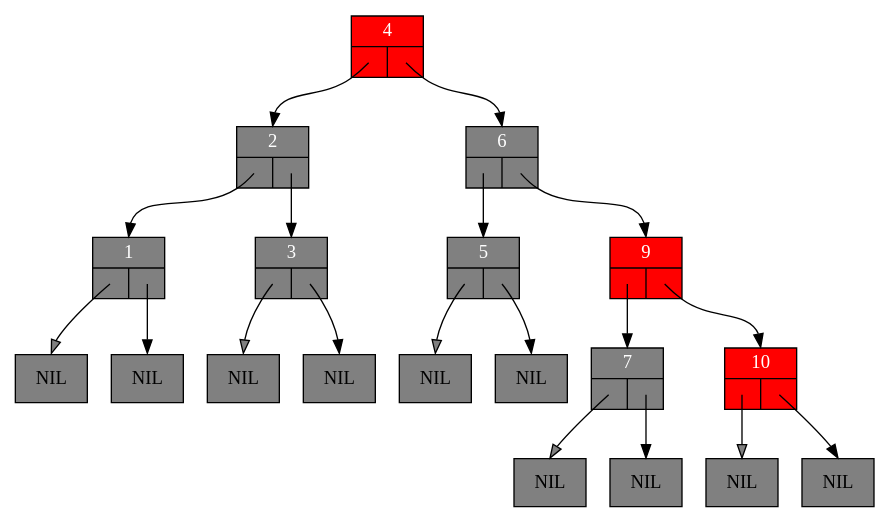
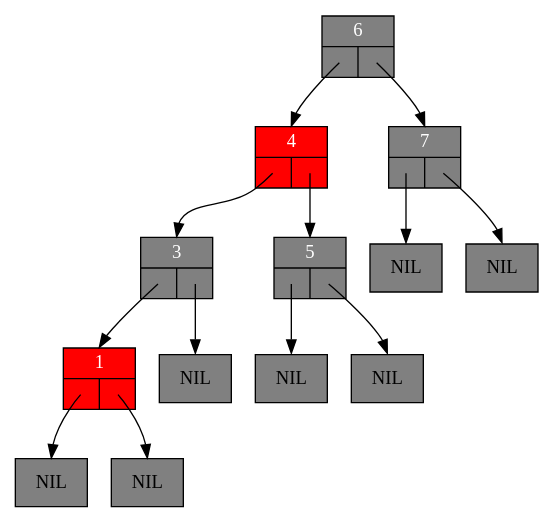
Before and after one commit to NOTuglyduckling/C: the diagram in Algo3/base_code_lab6/Code/thetree-1.dot, drawn with Graphviz. The commit also changed 66 other files, not shown here.

```diff
--- a/Algo3/base_code_lab6/Code/thetree-1.dot
+++ b/Algo3/base_code_lab6/Code/thetree-1.dot
@@ -1,43 +1,31 @@
 digraph RedBlackTree {
 	graph [ranksep=0.5];
 	node [shape = record];
 
-	n1 [style=filled, fillcolor=grey, fontcolor=white, label="{1|{<left>|<right>}}"];
+	n1 [style=filled, fillcolor=red, fontcolor=white, label="{1|{<left>|<right>}}"];
 	lnil1 [style=filled, fillcolor=grey, label="NIL"];
-	n1:left:c -> lnil1:n [fillcolor=grey, headclip=false, tailclip=false]
+	n1:left:c -> lnil1:n [headclip=false, tailclip=false]
 	rnil1 [style=filled, fillcolor=grey, label="NIL"];
 	n1:right:c -> rnil1:n [headclip=false, tailclip=false]
-	n2 [style=filled, fillcolor=grey, fontcolor=white, label="{2|{<left>|<right>}}"];
-	n2:left:c -> n1:n [headclip=false, tailclip=false]
-	n2:right:c -> n3:n [headclip=false, tailclip=false]
 	n3 [style=filled, fillcolor=grey, fontcolor=white, label="{3|{<left>|<right>}}"];
-	lnil3 [style=filled, fillcolor=grey, label="NIL"];
-	n3:left:c -> lnil3:n [fillcolor=grey, headclip=false, tailclip=false]
+	n3:left:c -> n1:n [headclip=false, tailclip=false]
 	rnil3 [style=filled, fillcolor=grey, label="NIL"];
 	n3:right:c -> rnil3:n [headclip=false, tailclip=false]
 	n4 [style=filled, fillcolor=red, fontcolor=white, label="{4|{<left>|<right>}}"];
-	n4:left:c -> n2:n [headclip=false, tailclip=false]
-	n4:right:c -> n6:n [headclip=false, tailclip=false]
+	n4:left:c -> n3:n [headclip=false, tailclip=false]
+	n4:right:c -> n5:n [headclip=false, tailclip=false]
 	n5 [style=filled, fillcolor=grey, fontcolor=white, label="{5|{<left>|<right>}}"];
 	lnil5 [style=filled, fillcolor=grey, label="NIL"];
-	n5:left:c -> lnil5:n [fillcolor=grey, headclip=false, tailclip=false]
+	n5:left:c -> lnil5:n [headclip=false, tailclip=false]
 	rnil5 [style=filled, fillcolor=grey, label="NIL"];
 	n5:right:c -> rnil5:n [headclip=false, tailclip=false]
 	n6 [style=filled, fillcolor=grey, fontcolor=white, label="{6|{<left>|<right>}}"];
-	n6:left:c -> n5:n [headclip=false, tailclip=false]
-	n6:right:c -> n9:n [headclip=false, tailclip=false]
+	n6:left:c -> n4:n [headclip=false, tailclip=false]
+	n6:right:c -> n7:n [headclip=false, tailclip=false]
 	n7 [style=filled, fillcolor=grey, fontcolor=white, label="{7|{<left>|<right>}}"];
 	lnil7 [style=filled, fillcolor=grey, label="NIL"];
-	n7:left:c -> lnil7:n [fillcolor=grey, headclip=false, tailclip=false]
+	n7:left:c -> lnil7:n [headclip=false, tailclip=false]
 	rnil7 [style=filled, fillcolor=grey, label="NIL"];
 	n7:right:c -> rnil7:n [headclip=false, tailclip=false]
-	n9 [style=filled, fillcolor=red, fontcolor=white, label="{9|{<left>|<right>}}"];
-	n9:left:c -> n7:n [headclip=false, tailclip=false]
-	n9:right:c -> n10:n [headclip=false, tailclip=false]
-	n10 [style=filled, fillcolor=red, fontcolor=white, label="{10|{<left>|<right>}}"];
-	lnil10 [style=filled, fillcolor=grey, label="NIL"];
-	n10:left:c -> lnil10:n [fillcolor=grey, headclip=false, tailclip=false]
-	rnil10 [style=filled, fillcolor=grey, label="NIL"];
-	n10:right:c -> rnil10:n [headclip=false, tailclip=false]
 
 }
```
